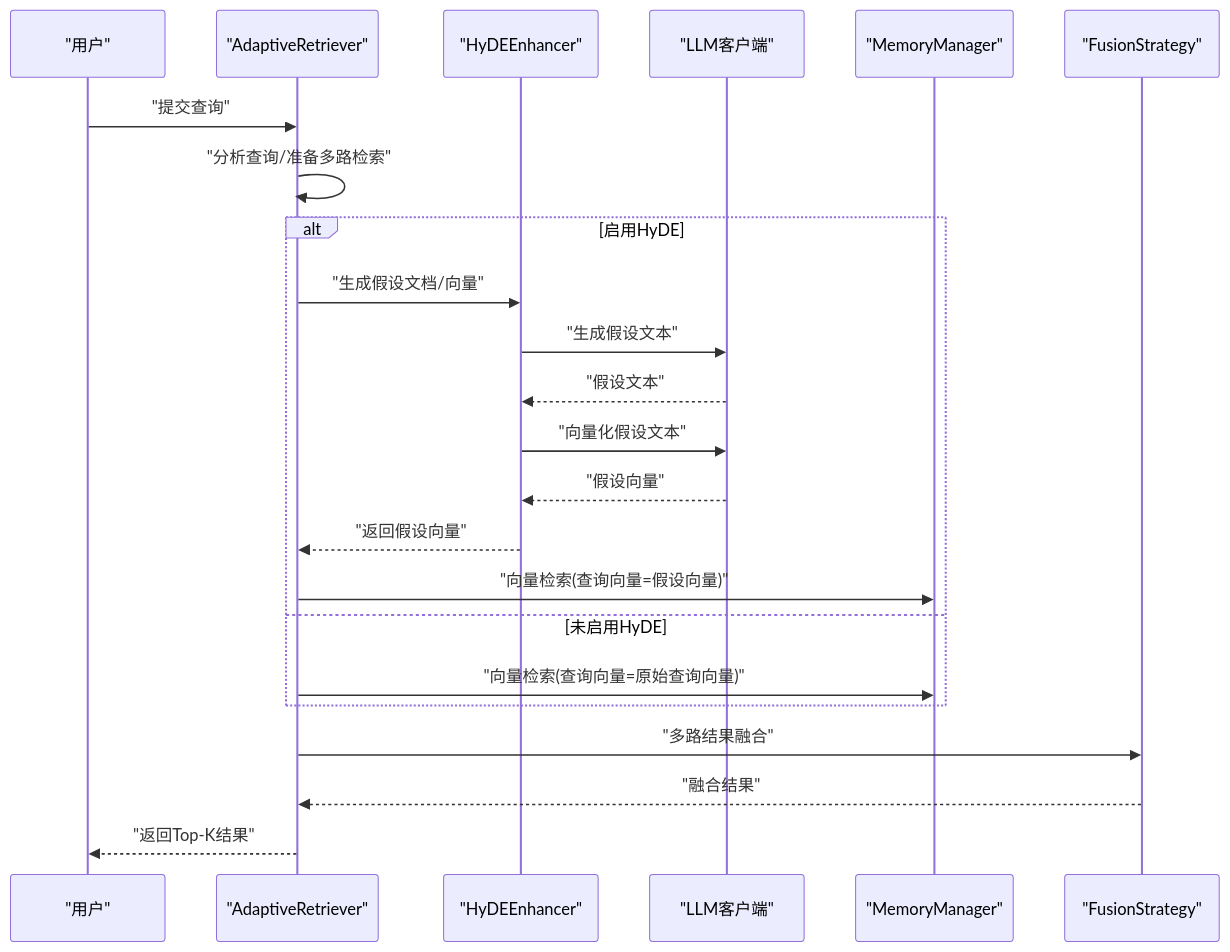
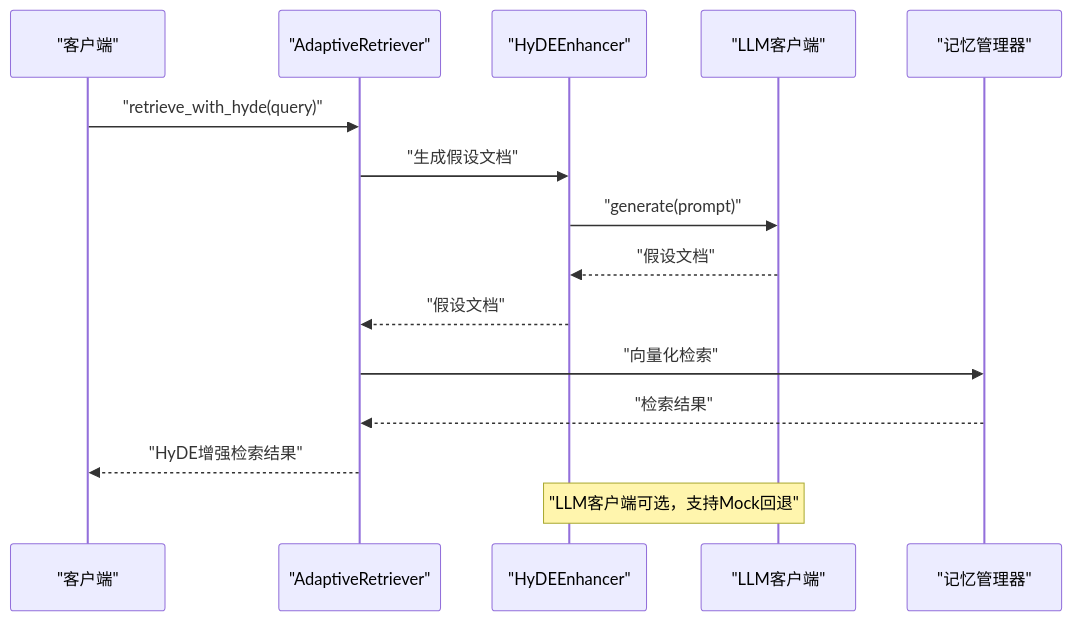
One commit to JieGaoPrinceton/NecoRAG changed the second of 7 diagrams in .qoder/repowiki/zh/content/检索引擎模块/HyDE增强技术.md. Above: the diagram before and after it, drawn with Mermaid. The commit also changed other lines of this file and 181 other files, not shown here.

````diff
--- a/.qoder/repowiki/zh/content/检索引擎模块/HyDE增强技术.md
+++ b/.qoder/repowiki/zh/content/检索引擎模块/HyDE增强技术.md
@@ -112,25 +122,17 @@
 ```mermaid
 sequenceDiagram
-participant U as "用户"
-participant R as "AdaptiveRetriever"
-participant H as "HyDEEnhancer"
-participant L as "LLM客户端"
-participant M as "MemoryManager"
-participant F as "FusionStrategy"
-U->>R : "提交查询"
-R->>R : "分析查询/准备多路检索"
-alt 启用HyDE
-R->>H : "生成假设文档/向量"
-H->>L : "生成假设文本"
-L-->>H : "假设文本"
-H->>L : "向量化假设文本"
-L-->>H : "假设向量"
-H-->>R : "返回假设向量"
-R->>M : "向量检索(查询向量=假设向量)"
-else 未启用HyDE
-R->>M : "向量检索(查询向量=原始查询向量)"
-end
-R->>F : "多路结果融合"
-F-->>R : "融合结果"
-R-->>U : "返回Top-K结果"
+participant Client as "客户端"
+participant Retriever as "AdaptiveRetriever"
+participant HyDE as "HyDEEnhancer"
+participant LLM as "LLM客户端"
+participant Memory as "记忆管理器"
+Client->>Retriever : "retrieve_with_hyde(query)"
+Retriever->>HyDE : "生成假设文档"
+HyDE->>LLM : "generate(prompt)"
+LLM-->>HyDE : "假设文档"
+HyDE-->>Retriever : "假设文档"
+Retriever->>Memory : "向量化检索"
+Memory-->>Retriever : "检索结果"
+Retriever-->>Client : "HyDE增强检索结果"
+Note over HyDE,LLM : "LLM客户端可选，支持Mock回退"
 ```
````
